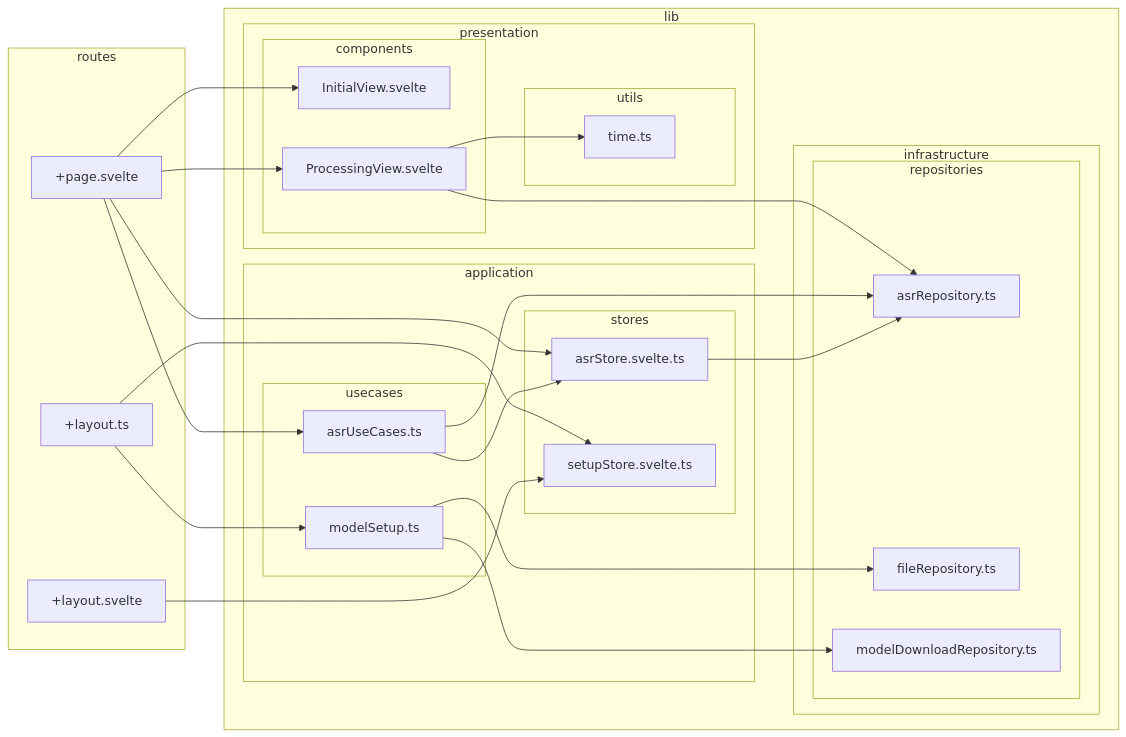
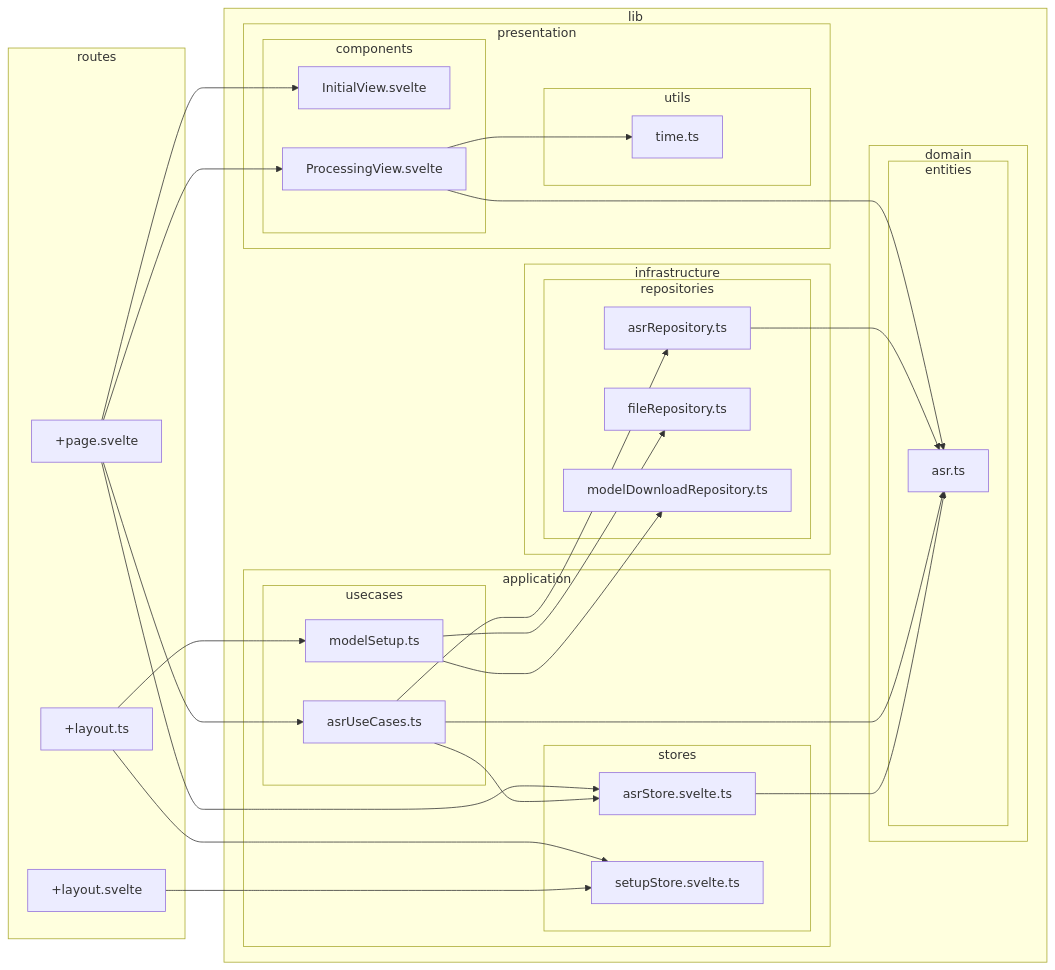
One commit to k5n/kotonoha-asr changed the diagram in doc/dependency-graph.md. Above: the diagram before and after it, drawn with Mermaid. The commit also changed 5 other files, not shown here.

````diff
--- a/doc/dependency-graph.md
+++ b/doc/dependency-graph.md
@@ -5,50 +5,57 @@
 ```mermaid
 graph LR
         subgraph "lib"
             subgraph "application"
                 subgraph "stores"
                     src_lib_application_stores_asrStore_svelte_ts["asrStore.svelte.ts"]
                     src_lib_application_stores_setupStore_svelte_ts["setupStore.svelte.ts"]
                 end
                 subgraph "usecases"
                     src_lib_application_usecases_asrUseCases_ts["asrUseCases.ts"]
                     src_lib_application_usecases_modelSetup_ts["modelSetup.ts"]
+                end
+            end
+            subgraph "domain"
+                subgraph "entities"
+                    src_lib_domain_entities_asr_ts["asr.ts"]
                 end
             end
             subgraph "infrastructure"
                 subgraph "repositories"
                     src_lib_infrastructure_repositories_asrRepository_ts["asrRepository.ts"]
                     src_lib_infrastructure_repositories_fileRepository_ts["fileRepository.ts"]
                     src_lib_infrastructure_repositories_modelDownloadRepository_ts["modelDownloadRepository.ts"]
                 end
             end
             subgraph "presentation"
                 subgraph "components"
                     src_lib_presentation_components_InitialView_svelte["InitialView.svelte"]
                     src_lib_presentation_components_ProcessingView_svelte["ProcessingView.svelte"]
                 end
                 subgraph "utils"
                     src_lib_presentation_utils_time_ts["time.ts"]
                 end
             end
         end
         subgraph "routes"
             src_routes__layout_svelte["+layout.svelte"]
             src_routes__layout_ts["+layout.ts"]
             src_routes__page_svelte["+page.svelte"]
         end
-src_lib_application_stores_asrStore_svelte_ts --> src_lib_infrastructure_repositories_asrRepository_ts
+src_lib_application_stores_asrStore_svelte_ts --> src_lib_domain_entities_asr_ts
 src_lib_application_usecases_asrUseCases_ts --> src_lib_application_stores_asrStore_svelte_ts
+src_lib_application_usecases_asrUseCases_ts --> src_lib_domain_entities_asr_ts
 src_lib_application_usecases_asrUseCases_ts --> src_lib_infrastructure_repositories_asrRepository_ts
 src_lib_application_usecases_modelSetup_ts --> src_lib_infrastructure_repositories_fileRepository_ts
 src_lib_application_usecases_modelSetup_ts --> src_lib_infrastructure_repositories_modelDownloadRepository_ts
-src_lib_presentation_components_ProcessingView_svelte --> src_lib_infrastructure_repositories_asrRepository_ts
+src_lib_infrastructure_repositories_asrRepository_ts --> src_lib_domain_entities_asr_ts
+src_lib_presentation_components_ProcessingView_svelte --> src_lib_domain_entities_asr_ts
 src_lib_presentation_components_ProcessingView_svelte --> src_lib_presentation_utils_time_ts
 src_routes__layout_svelte --> src_lib_application_stores_setupStore_svelte_ts
 src_routes__layout_ts --> src_lib_application_stores_setupStore_svelte_ts
 src_routes__layout_ts --> src_lib_application_usecases_modelSetup_ts
 src_routes__page_svelte --> src_lib_application_stores_asrStore_svelte_ts
 src_routes__page_svelte --> src_lib_application_usecases_asrUseCases_ts
 src_routes__page_svelte --> src_lib_presentation_components_InitialView_svelte
 src_routes__page_svelte --> src_lib_presentation_components_ProcessingView_svelte
 ```
````
